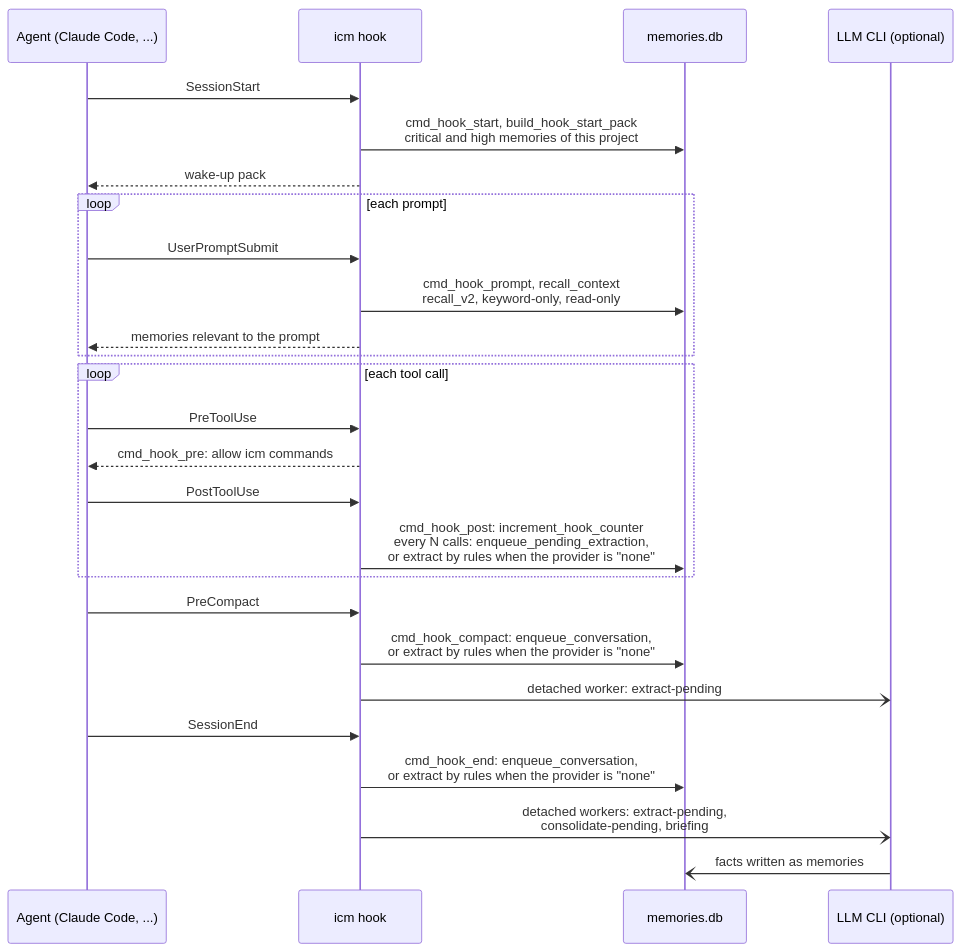
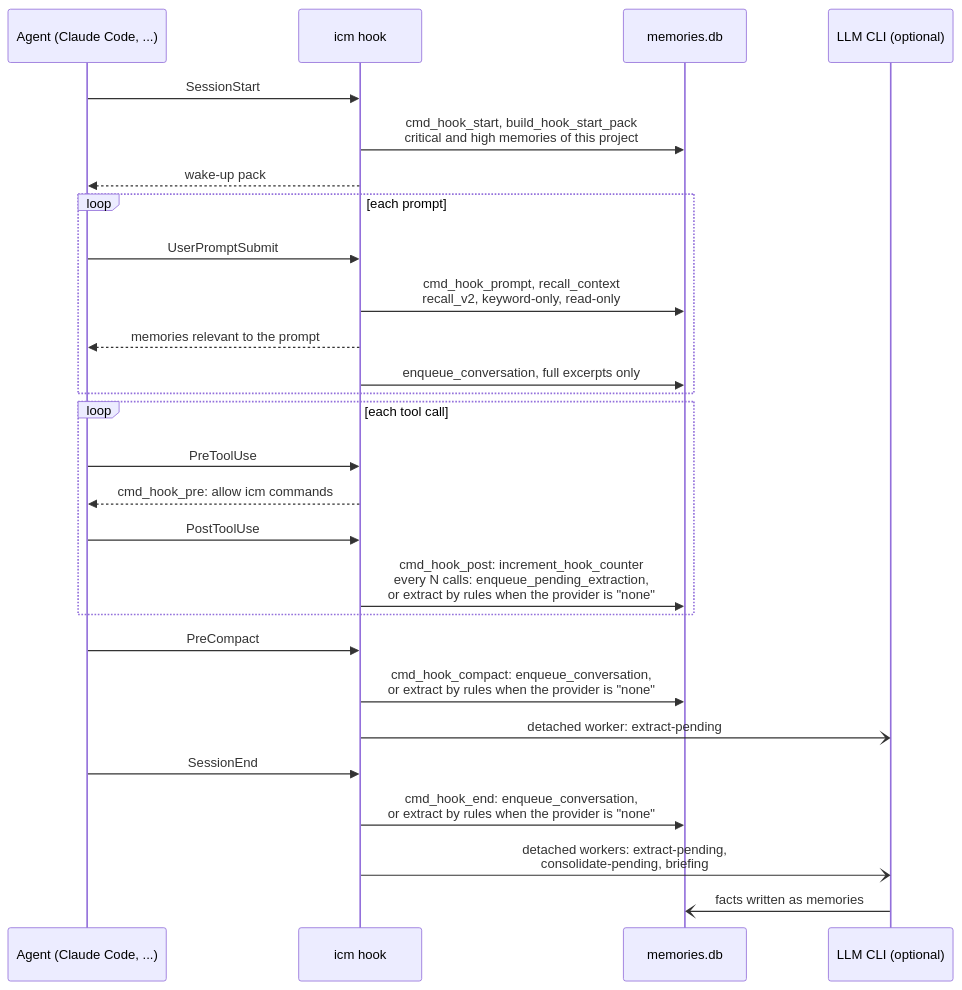
The fourth of 4 diagrams in docs/architecture.md (rtk-ai/icm), drawn with Mermaid before and after one commit. The commit also changed other lines of this file and 18 other files, not shown here.

First line of the commit message:
feat(hooks): queue full conversation excerpts during the session

````diff
--- a/docs/architecture.md
+++ b/docs/architecture.md
@@ -143,33 +143,34 @@
 ```mermaid
 sequenceDiagram
     participant A as Agent (Claude Code, ...)
     participant I as icm hook
     participant D as memories.db
     participant X as LLM CLI (optional)
 
     A->>I: SessionStart
     I->>D: cmd_hook_start, build_hook_start_pack<br/>critical and high memories of this project
     I-->>A: wake-up pack
 
     loop each prompt
         A->>I: UserPromptSubmit
         I->>D: cmd_hook_prompt, recall_context<br/>recall_v2, keyword-only, read-only
         I-->>A: memories relevant to the prompt
+        I->>D: enqueue_conversation, full excerpts only
     end
 
     loop each tool call
         A->>I: PreToolUse
         I-->>A: cmd_hook_pre: allow icm commands
         A->>I: PostToolUse
         I->>D: cmd_hook_post: increment_hook_counter<br/>every N calls: enqueue_pending_extraction,<br/>or extract by rules when the provider is "none"
     end
 
     A->>I: PreCompact
     I->>D: cmd_hook_compact: enqueue_conversation,<br/>or extract by rules when the provider is "none"
     I-)X: detached worker: extract-pending
 
     A->>I: SessionEnd
     I->>D: cmd_hook_end: enqueue_conversation,<br/>or extract by rules when the provider is "none"
     I-)X: detached workers: extract-pending,<br/>consolidate-pending, briefing
     X-)D: facts written as memories
 ```
````
